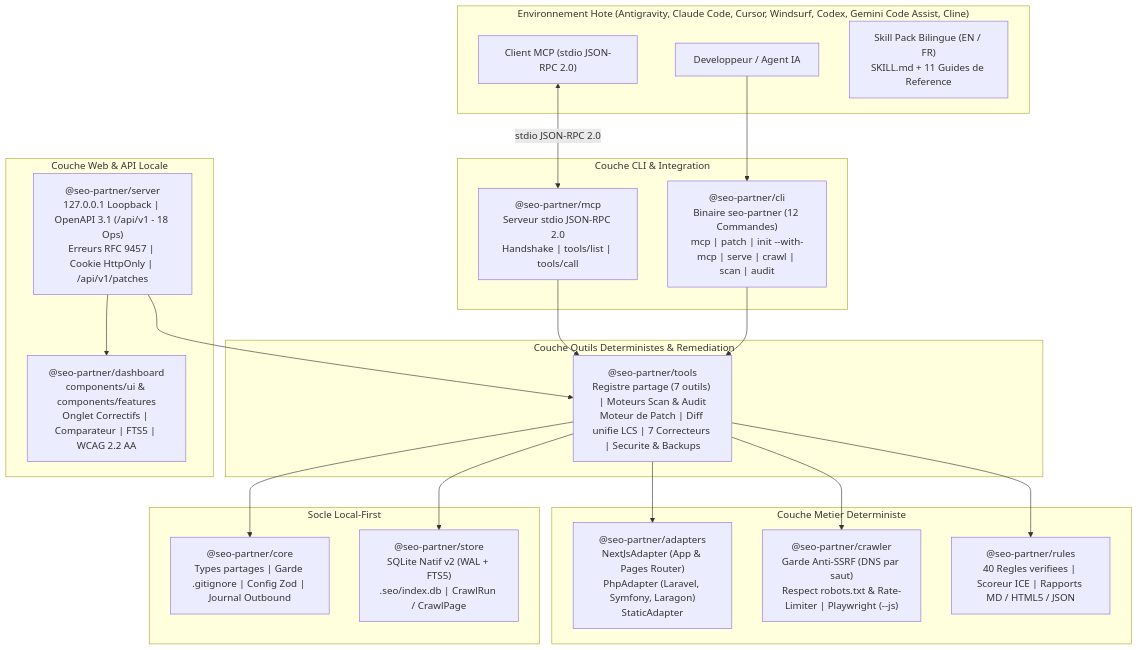
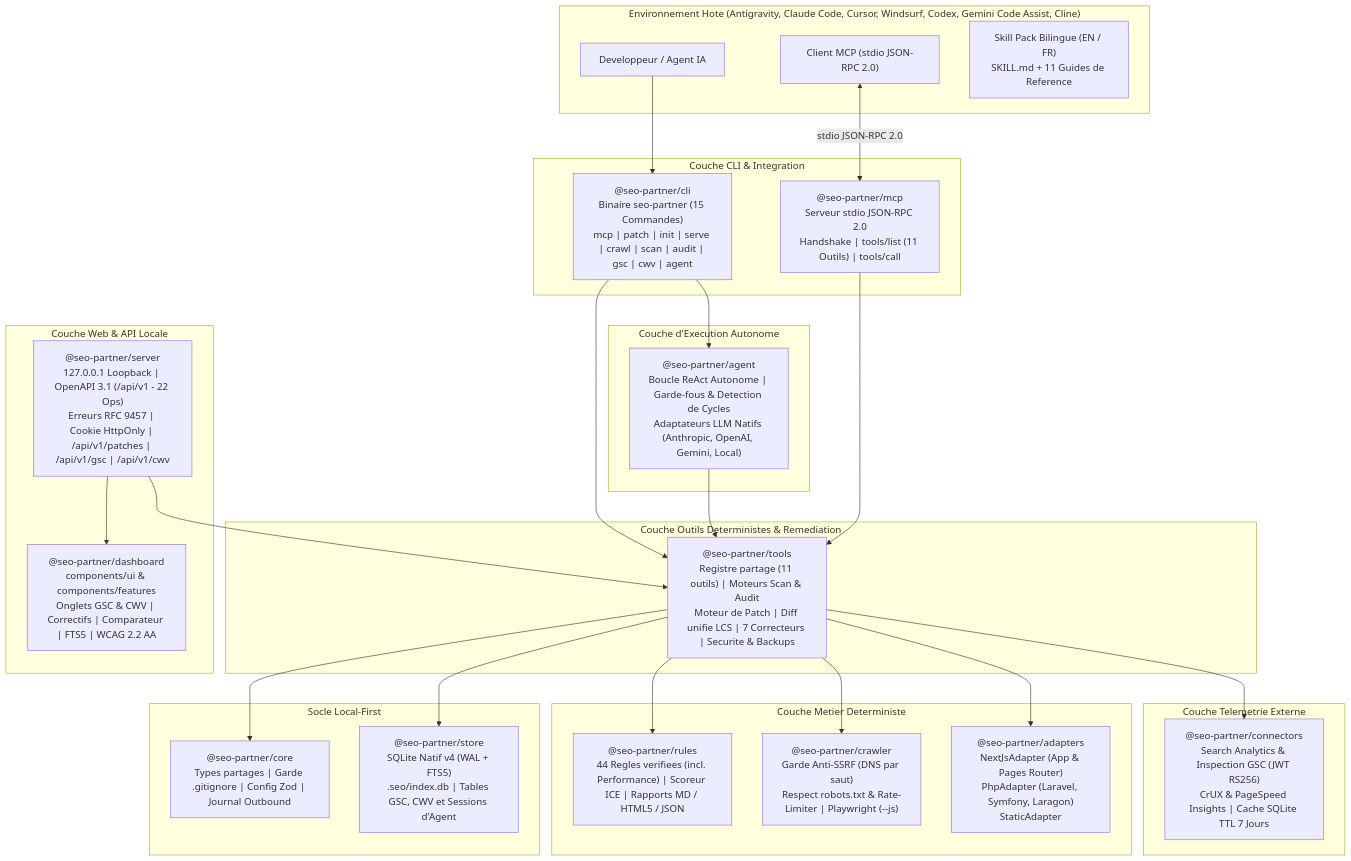
The diagram in README.fr.md (Firinze/seo-partner), drawn with Mermaid before and after one commit. The commit also changed other lines of this file and 67 other files, not shown here.

Commit message:
feat(v0.6): Google Search Console, Core Web Vitals connectors, and autonomous agent loop

````diff
--- a/README.fr.md
+++ b/README.fr.md
@@ -70,45 +74,56 @@
 ```mermaid
 flowchart TB
   subgraph IDE["Environnement Hote (Antigravity, Claude Code, Cursor, Windsurf, Codex, Gemini Code Assist, Cline)"]
     DEV["Developpeur / Agent IA"]
     MCP_CLIENT["Client MCP (stdio JSON-RPC 2.0)"]
     SKILL["Skill Pack Bilingue (EN / FR)\nSKILL.md + 11 Guides de Reference"]
   end
 
   subgraph CLI_LAYER["Couche CLI & Integration"]
-    CLI["@seo-partner/cli\nBinaire seo-partner (12 Commandes)\nmcp | patch | init --with-mcp | serve | crawl | scan | audit"]
-    MCP_PKG["@seo-partner/mcp\nServeur stdio JSON-RPC 2.0\nHandshake | tools/list | tools/call"]
+    CLI["@seo-partner/cli\nBinaire seo-partner (15 Commandes)\nmcp | patch | init | serve | crawl | scan | audit | gsc | cwv | agent"]
+    MCP_PKG["@seo-partner/mcp\nServeur stdio JSON-RPC 2.0\nHandshake | tools/list (11 Outils) | tools/call"]
+  end
+
+  subgraph AGENT_LAYER["Couche d'Execution Autonome"]
+    AGENT["@seo-partner/agent\nBoucle ReAct Autonome | Garde-fous & Detection de Cycles\nAdaptateurs LLM Natifs (Anthropic, OpenAI, Gemini, Local)"]
   end
 
   subgraph TOOLS_LAYER["Couche Outils Deterministes & Remediation"]
-    TOOLS["@seo-partner/tools\nRegistre partage (7 outils) | Moteurs Scan & Audit\nMoteur de Patch | Diff unifie LCS | 7 Correcteurs | Securite & Backups"]
+    TOOLS["@seo-partner/tools\nRegistre partage (11 outils) | Moteurs Scan & Audit\nMoteur de Patch | Diff unifie LCS | 7 Correcteurs | Securite & Backups"]
+  end
+
+  subgraph CONNECTORS_LAYER["Couche Telemetrie Externe"]
+    CONNECTORS["@seo-partner/connectors\nSearch Analytics & Inspection GSC (JWT RS256)\nCrUX & PageSpeed Insights | Cache SQLite TTL 7 Jours"]
   end
 
   subgraph WEB_LAYER["Couche Web & API Locale"]
-    SERVER["@seo-partner/server\n127.0.0.1 Loopback | OpenAPI 3.1 (/api/v1 - 18 Ops)\nErreurs RFC 9457 | Cookie HttpOnly | /api/v1/patches"]
-    DASHBOARD["@seo-partner/dashboard\ncomponents/ui & components/features\nOnglet Correctifs | Comparateur | FTS5 | WCAG 2.2 AA"]
+    SERVER["@seo-partner/server\n127.0.0.1 Loopback | OpenAPI 3.1 (/api/v1 - 22 Ops)\nErreurs RFC 9457 | Cookie HttpOnly | /api/v1/patches | /api/v1/gsc | /api/v1/cwv"]
+    DASHBOARD["@seo-partner/dashboard\ncomponents/ui & components/features\nOnglets GSC & CWV | Correctifs | Comparateur | FTS5 | WCAG 2.2 AA"]
   end
 
   subgraph ENGINE_LAYER["Couche Metier Deterministe"]
     ADAPTERS["@seo-partner/adapters\nNextJsAdapter (App & Pages Router)\nPhpAdapter (Laravel, Symfony, Laragon)\nStaticAdapter"]
     CRAWLER["@seo-partner/crawler\nGarde Anti-SSRF (DNS par saut)\nRespect robots.txt & Rate-Limiter | Playwright (--js)"]
-    RULES["@seo-partner/rules\n40 Regles verifiees | Scoreur ICE | Rapports MD / HTML5 / JSON"]
+    RULES["@seo-partner/rules\n44 Regles verifiees (incl. Performance) | Scoreur ICE | Rapports MD / HTML5 / JSON"]
   end
 
   subgraph FOUNDATION_LAYER["Socle Local-First"]
     CORE["@seo-partner/core\nTypes partages | Garde .gitignore | Config Zod | Journal Outbound"]
-    STORE["@seo-partner/store\nSQLite Natif v2 (WAL + FTS5)\n.seo/index.db | CrawlRun / CrawlPage"]
+    STORE["@seo-partner/store\nSQLite Natif v4 (WAL + FTS5)\n.seo/index.db | Tables GSC, CWV et Sessions d'Agent"]
   end
 
   DEV --> CLI
+  CLI --> AGENT
+  AGENT --> TOOLS
   MCP_CLIENT <-->|stdio JSON-RPC 2.0| MCP_PKG
   MCP_PKG --> TOOLS
   CLI --> TOOLS
   SERVER --> TOOLS
   SERVER --> DASHBOARD
+  TOOLS --> CONNECTORS
   TOOLS --> ADAPTERS
   TOOLS --> CRAWLER
   TOOLS --> RULES
   TOOLS --> STORE
   TOOLS --> CORE
 ```
````
